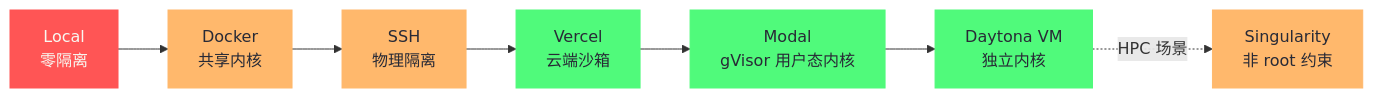
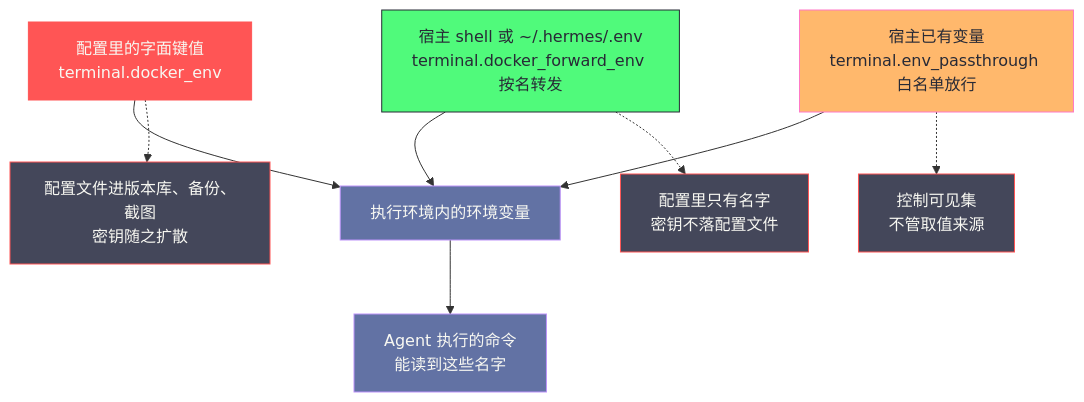
Before and after one commit to hpliStartAgain/my-brain: the fifth of 5 diagrams in content/LLM/Hermes-Agent/08 终端后端七剑——从 Local 到 Vercel Sandbox.md, drawn with Mermaid. The commit also changed other lines of this file and 259 other files, not shown here.

````diff
--- a/content/LLM/Hermes-Agent/08 终端后端七剑——从 Local 到 Vercel Sandbox.md
+++ b/content/LLM/Hermes-Agent/08 终端后端七剑——从 Local 到 Vercel Sandbox.md
@@ -68,13 +373,22 @@
 ```mermaid
 %%{init: {'theme': 'dracula'}}%%
-graph LR
-    L["Local<br/>零隔离"] --> D["Docker<br/>共享内核"] --> S["SSH<br/>物理隔离"] --> V["Vercel<br/>云端沙箱"] --> M["Modal<br/>gVisor 用户态内核"] --> DY["Daytona VM<br/>独立内核"]
-    DY -.->|"HPC 场景"| SG["Singularity<br/>非 root 约束"]
+graph TD
+    S1["配置里的字面键值<br/>terminal.docker_env"] --> C["执行环境内的环境变量"]
+    S2["宿主 shell 或 ~/.hermes/.env<br/>terminal.docker_forward_env 按名转发"] --> C
+    S3["宿主已有变量<br/>terminal.env_passthrough 白名单放行"] --> C
+    C --> A["Agent 执行的命令<br/>能读到这些名字"]
+    S1 -.-> R1["配置文件进版本库、备份、截图<br/>密钥随之扩散"]
+    S2 -.-> R2["配置里只有名字<br/>密钥不落配置文件"]
+    S3 -.-> R3["控制可见集<br/>不管取值来源"]
 
-    classDef weak fill:#ff5555,stroke:#ff5555,color:#f8f8f2
-    classDef mid fill:#ffb86c,stroke:#ffb86c,color:#282a36
-    classDef strong fill:#50fa7b,stroke:#50fa7b,color:#282a36
-    class L weak
-    class D,S,SG mid
-    class V,M,DY strong
+    classDef cfg fill:#ff5555,stroke:#ff5555,color:#f8f8f2
+    classDef safe fill:#50fa7b,stroke:#282a36,color:#282a36
+    classDef mid fill:#ffb86c,stroke:#ff79c6,color:#282a36
+    classDef core fill:#6272a4,stroke:#bd93f9,color:#f8f8f2
+    classDef risk fill:#44475a,stroke:#ff5555,color:#f8f8f2
+    class S1 cfg
+    class S2 safe
+    class S3 mid
+    class C,A core
+    class R1,R2,R3 risk
 ```
````
